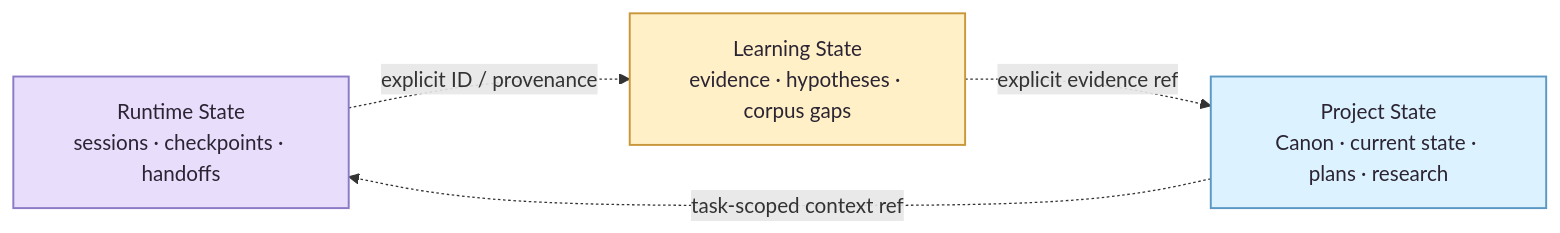
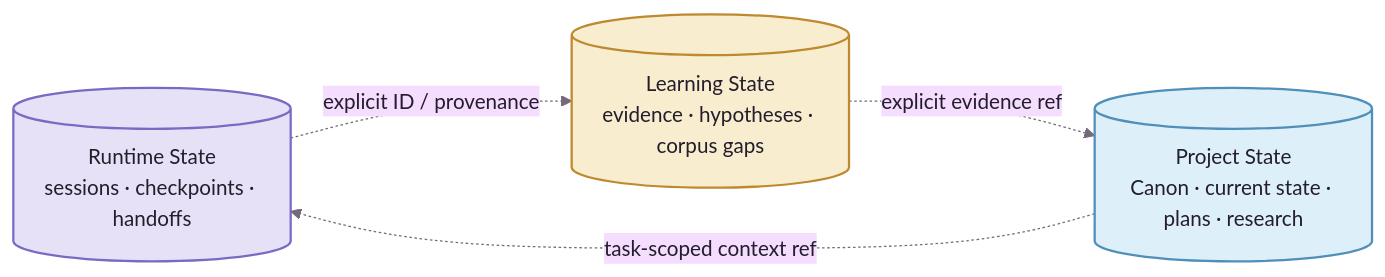
Before and after one commit to xiaooye/Quillframe: the second of 3 diagrams in docs/architecture.zh-CN.md, drawn with Mermaid. The commit also changed other lines of this file, not shown here.

Commit message:
docs: apply Story Loom architecture styling

````diff
--- a/docs/architecture.zh-CN.md
+++ b/docs/architecture.zh-CN.md
@@ -101,18 +124,19 @@
 ```mermaid
+%%{init: {"theme":"base","themeVariables":{"background":"#FFFDFC","primaryTextColor":"#241D2B","lineColor":"#756A7D","fontFamily":"ui-sans-serif, system-ui, sans-serif"},"flowchart":{"curve":"basis"}}}%%
 flowchart LR
-    R[Runtime State<br/>sessions · checkpoints · handoffs]
-    L[Learning State<br/>evidence · hypotheses · corpus gaps]
-    C[Project State<br/>Canon · current state · plans · research]
+    R[(Runtime State<br/>sessions · checkpoints · handoffs)]
+    L[(Learning State<br/>evidence · hypotheses · corpus gaps)]
+    C[(Project State<br/>Canon · current state · plans · research)]
 
     R -. explicit ID / provenance .-> L
     L -. explicit evidence ref .-> C
     C -. task-scoped context ref .-> R
 
-    classDef runtime fill:#E8DDFB,stroke:#8B7AC6,color:#2B2433,stroke-width:1.5px;
-    classDef evidence fill:#FFF0C7,stroke:#C9973B,color:#2B2433,stroke-width:1.5px;
-    classDef project fill:#DDF2FF,stroke:#5B98C4,color:#2B2433,stroke-width:1.5px;
+    classDef runtime fill:#E7E1F8,stroke:#796BC4,color:#241D2B,stroke-width:1.75px;
+    classDef evidence fill:#F9EDCF,stroke:#BE892F,color:#241D2B,stroke-width:1.75px;
+    classDef project fill:#DDEFF8,stroke:#4F8FBA,color:#241D2B,stroke-width:1.75px;
 
     class R runtime;
     class L evidence;
     class C project;
 ```
````
